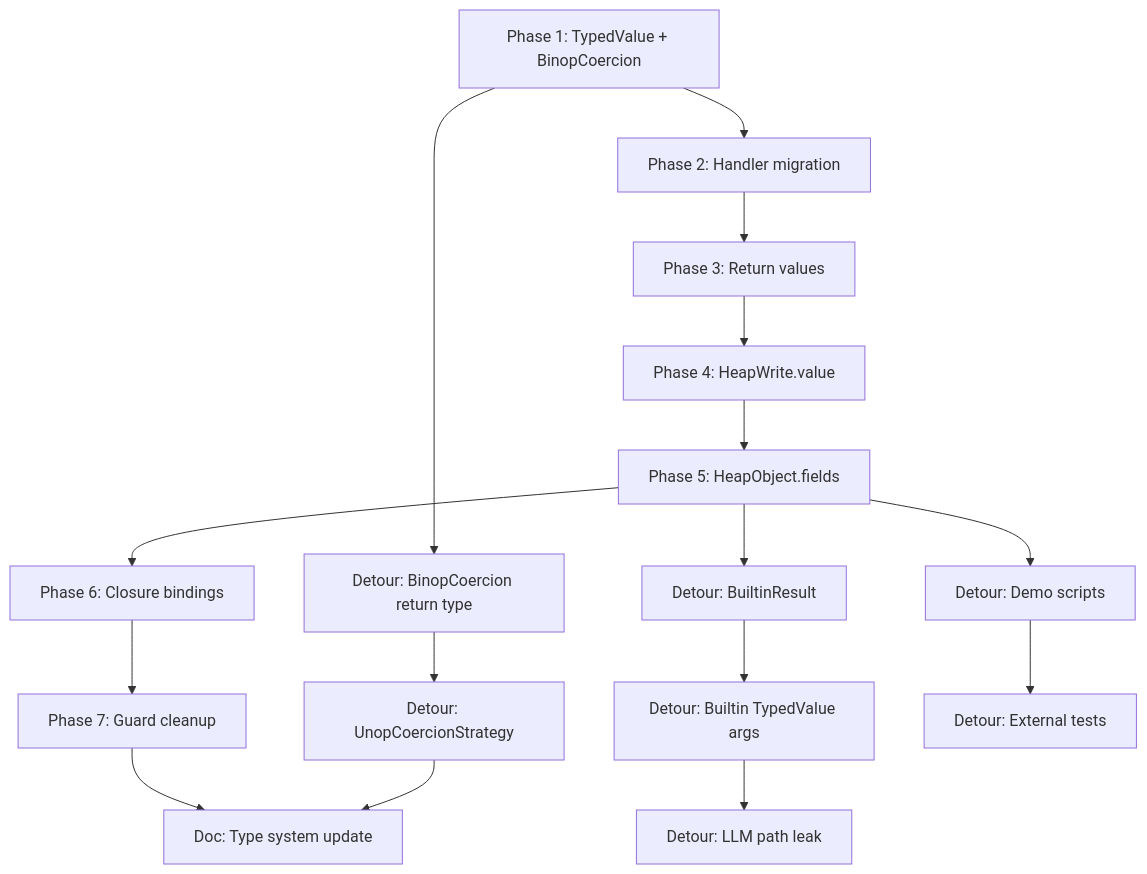
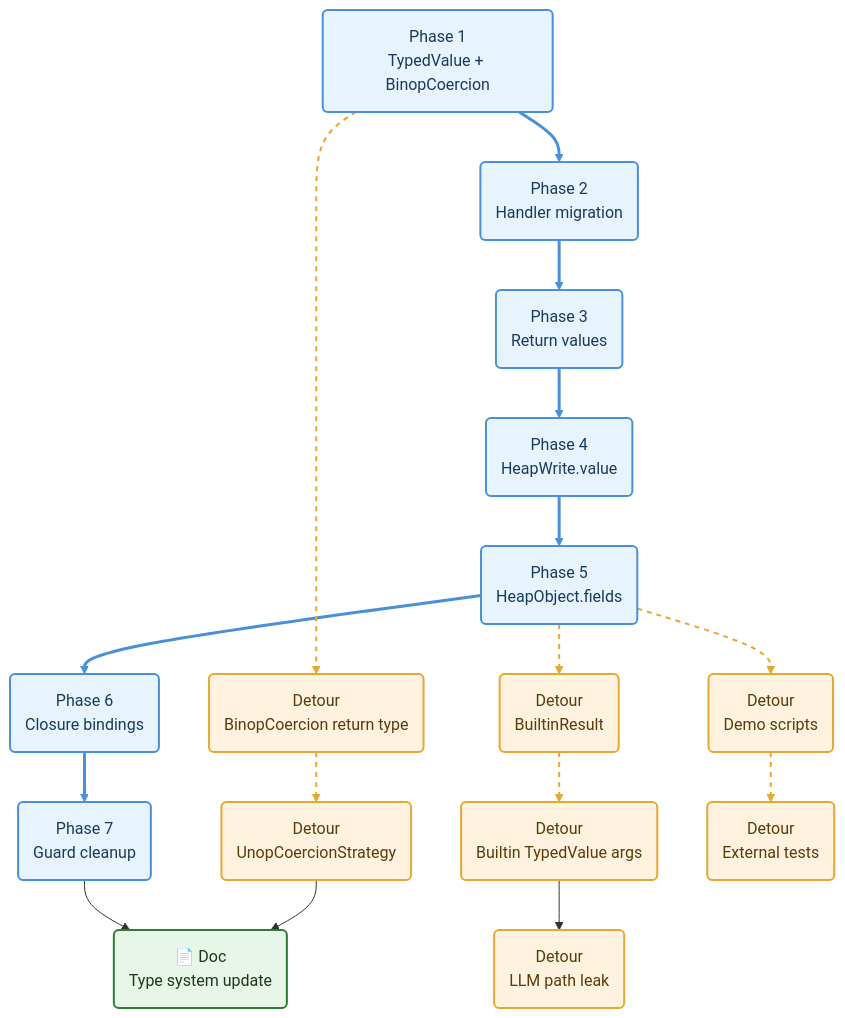
Diagram 11 of 11 in _posts/2026-03-13-anatomy-of-a-refactoring-using-ai.md (asengupta/avishek.net), drawn with Mermaid before and after one commit. The commit also changed other lines of this file and 2 other files, not shown here.

First line of the commit message:
Beautify mermaid diagrams across all three posts, add Tools section and execution loop

````diff
--- a/_posts/2026-03-13-anatomy-of-a-refactoring-using-ai.md
+++ b/_posts/2026-03-13-anatomy-of-a-refactoring-using-ai.md
@@ -293,34 +571,35 @@
 ```mermaid
 flowchart TD
-    P1["Phase 1: TypedValue + BinopCoercion"]
-    P2["Phase 2: Handler migration"]
-    P3["Phase 3: Return values"]
-    P4["Phase 4: HeapWrite.value"]
-    P5["Phase 5: HeapObject.fields"]
-    P6["Phase 6: Closure bindings"]
-    P7["Phase 7: Guard cleanup"]
-    B1["Detour: BuiltinResult"]
-    B2["Detour: Builtin TypedValue args"]
-    D1["Detour: BinopCoercion return type"]
-    D2["Detour: UnopCoercionStrategy"]
-    D3["Detour: Demo scripts"]
-    D4["Detour: LLM path leak"]
-    D5["Detour: External tests"]
-    DOC["Doc: Type system update"]
+    P1("Phase 1<br/>TypedValue + BinopCoercion"):::main
+    P2("Phase 2<br/>Handler migration"):::main
+    P3("Phase 3<br/>Return values"):::main
+    P4("Phase 4<br/>HeapWrite.value"):::main
+    P5("Phase 5<br/>HeapObject.fields"):::main
+    P6("Phase 6<br/>Closure bindings"):::main
+    P7("Phase 7<br/>Guard cleanup"):::main
 
-    P1 --> P2
-    P2 --> P3
-    P3 --> P4
-    P4 --> P5
-    P5 --> P6
-    P6 --> P7
-    P5 --> B1
-    B1 --> B2
-    P1 --> D1
-    D1 --> D2
-    P5 --> D3
+    B1("Detour<br/>BuiltinResult"):::detour
+    B2("Detour<br/>Builtin TypedValue args"):::detour
+    D1("Detour<br/>BinopCoercion return type"):::detour
+    D2("Detour<br/>UnopCoercionStrategy"):::detour
+    D3("Detour<br/>Demo scripts"):::detour
+    D4("Detour<br/>LLM path leak"):::detour
+    D5("Detour<br/>External tests"):::detour
+
+    DOC("📄 Doc<br/>Type system update"):::doc
+
+    P1 --> P2 --> P3 --> P4 --> P5 --> P6 --> P7
+    P5 --> B1 --> B2
+    P1 --> D1 --> D2
+    P5 --> D3 --> D5
     B2 --> D4
-    D3 --> D5
     P7 --> DOC
     D2 --> DOC
+
+    classDef main fill:#e8f4fd,stroke:#4a90d9,stroke-width:2px,color:#1a3a5c
+    classDef detour fill:#fff3e0,stroke:#e8a735,stroke-width:2px,color:#5c3a0a
+    classDef doc fill:#e8f5e9,stroke:#2e7d32,stroke-width:2px,color:#1a3a1a
+
+    linkStyle 0,1,2,3,4,5 stroke:#4a90d9,stroke-width:3px
+    linkStyle 6,7,8,9,10,11 stroke:#e8a735,stroke-width:2px,stroke-dasharray:5
 ```
````
